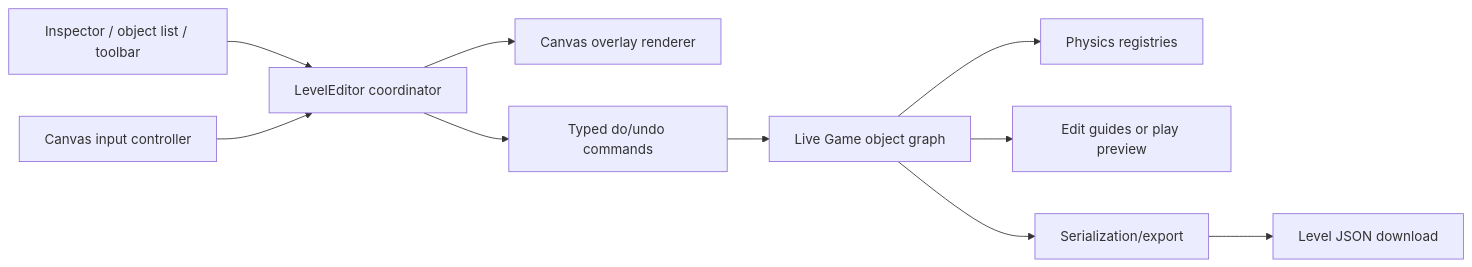
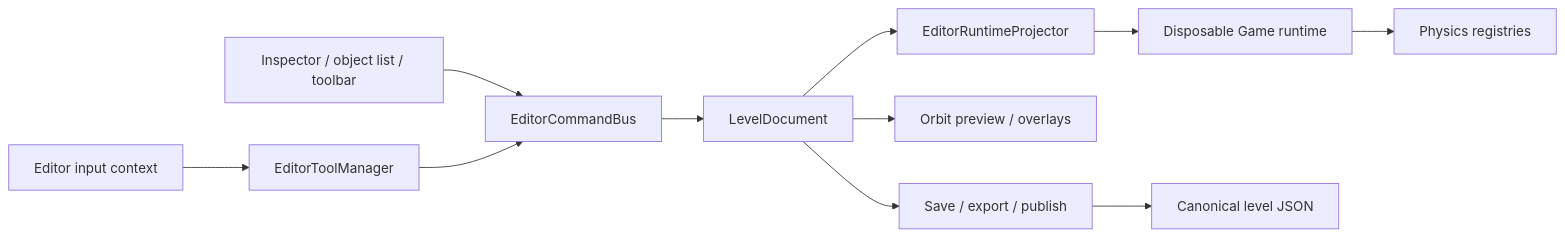
Before and after one commit to Newah1/SpacedPenguin: diagram 13 of 15 in ARCHITECTURE.md, drawn with Mermaid. The commit also changed other lines of this file and 56 other files, not shown here.

Commit message:
Detailed level editor architecture improvements and portal improvements

````diff
--- a/ARCHITECTURE.md
+++ b/ARCHITECTURE.md
@@ -498,12 +500,13 @@
 ```mermaid
 flowchart LR
-    Views[Inspector / object list / toolbar] --> Editor[LevelEditor coordinator]
-    Canvas[Canvas input controller] --> Editor
-    Editor --> Overlay[Canvas overlay renderer]
-    Editor --> Commands[Typed do/undo commands]
-    Commands --> Live[Live Game object graph]
-    Live --> Physics[Physics registries]
-    Live --> Preview[Edit guides or play preview]
-    Live --> Serialize[Serialization/export]
-    Serialize --> Download[Level JSON download]
+    Input[Editor input context] --> Tools[EditorToolManager]
+    Views[Inspector / object list / toolbar] --> Commands[EditorCommandBus]
+    Tools --> Commands
+    Commands --> Document[LevelDocument]
+    Document --> Projector[EditorRuntimeProjector]
+    Projector --> Runtime[Disposable Game runtime]
+    Runtime --> Physics[Physics registries]
+    Document --> Preview[Orbit preview / overlays]
+    Document --> Serialize[Save / export / publish]
+    Serialize --> JSON[Canonical level JSON]
 ```
````
